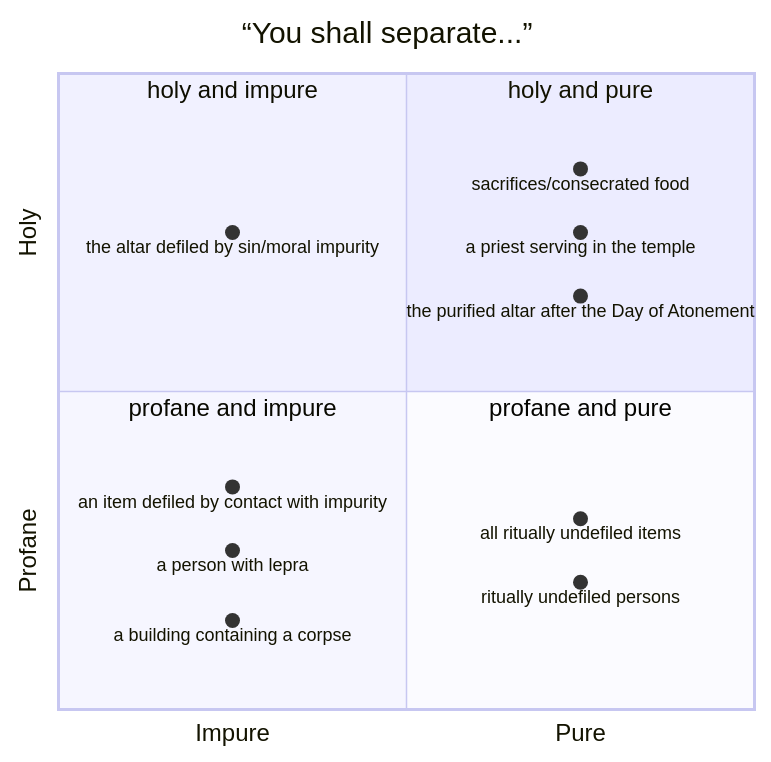
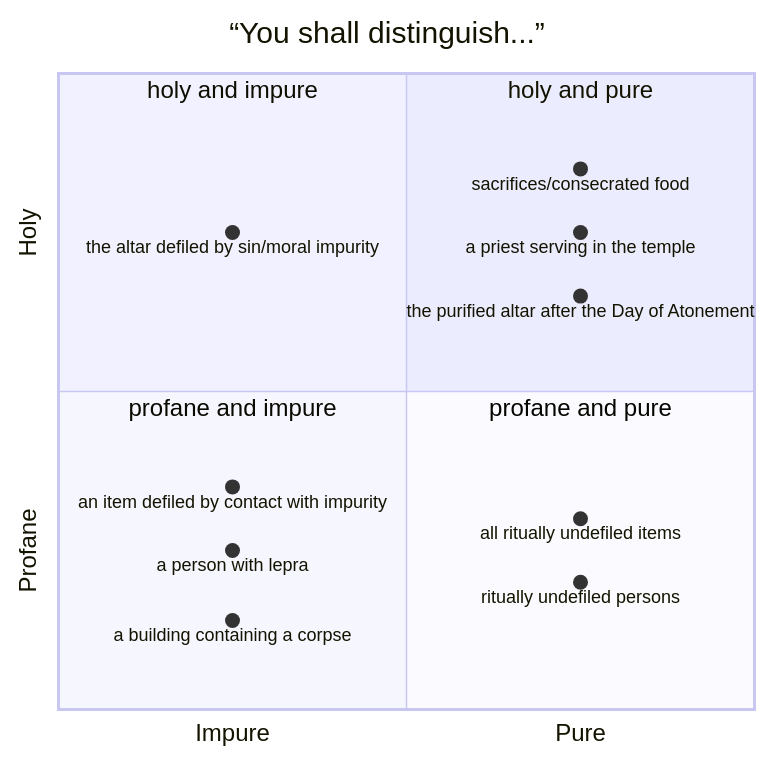
Before and after one commit to andrewhwaller/jesus-law-session-3: the first of 2 diagrams in slides.md, drawn with Mermaid.

Commit message:
Update slides

````diff
--- a/slides.md
+++ b/slides.md
@@ -78,19 +78,19 @@
 ```mermaid
 quadrantChart
-    title “You shall separate...”
+    title “You shall distinguish...”
     x-axis Impure --> Pure
     y-axis Profane --> Holy
     quadrant-1 holy and pure
     quadrant-2 holy and impure
     quadrant-3 profane and impure
     quadrant-4 profane and pure
     sacrifices/consecrated food: [0.75, 0.85]
     the purified altar after the Day of Atonement: [0.75, 0.65]
     a priest serving in the temple: [0.75, 0.75]
     the altar defiled by sin/moral impurity: [0.25, 0.75]
     an item defiled by contact with impurity: [0.25, 0.35]
     a person with lepra: [0.25, 0.25]
     a building containing a corpse: [0.25, 0.14]
     all ritually undefiled items: [0.75, 0.3]
     ritually undefiled persons: [0.75, 0.2]
 ```
````
